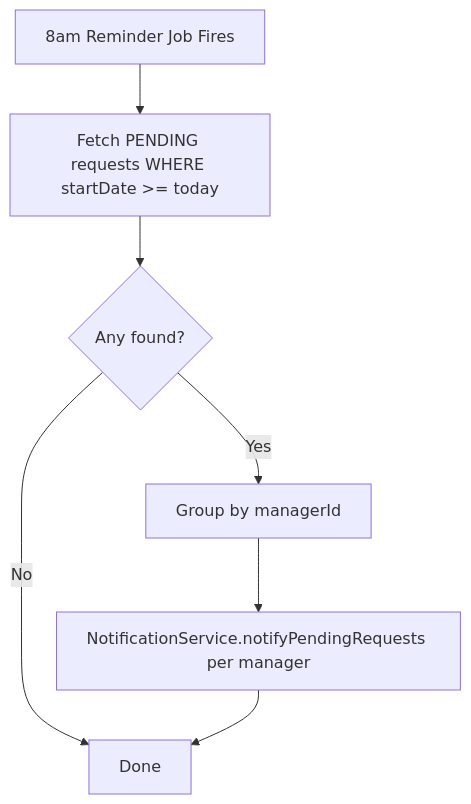
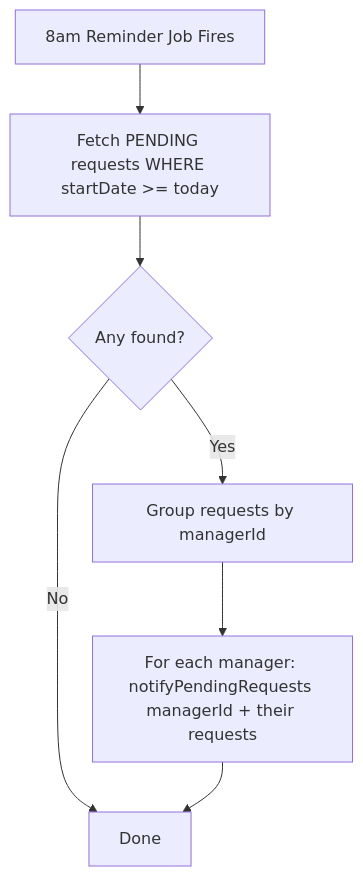
The ninth of 10 diagrams in docs/TRD.md (jayanth-veeravalli/time-off-service), drawn with Mermaid before and after one commit. The commit also changed other lines of this file and 111 other files, not shown here.

````diff
--- a/docs/TRD.md
+++ b/docs/TRD.md
@@ -874,9 +911,9 @@
 ```mermaid
 flowchart TD
     A[8am Reminder Job Fires] --> B[Fetch PENDING requests WHERE startDate >= today]
     B --> C{Any found?}
-    C -- Yes --> D[Group by managerId]
-    D --> E[NotificationService.notifyPendingRequests per manager]
     C -- No --> F[Done]
+    C -- Yes --> D[Group requests by managerId]
+    D --> E[For each manager: notifyPendingRequests managerId + their requests]
     E --> F
 ```
````
